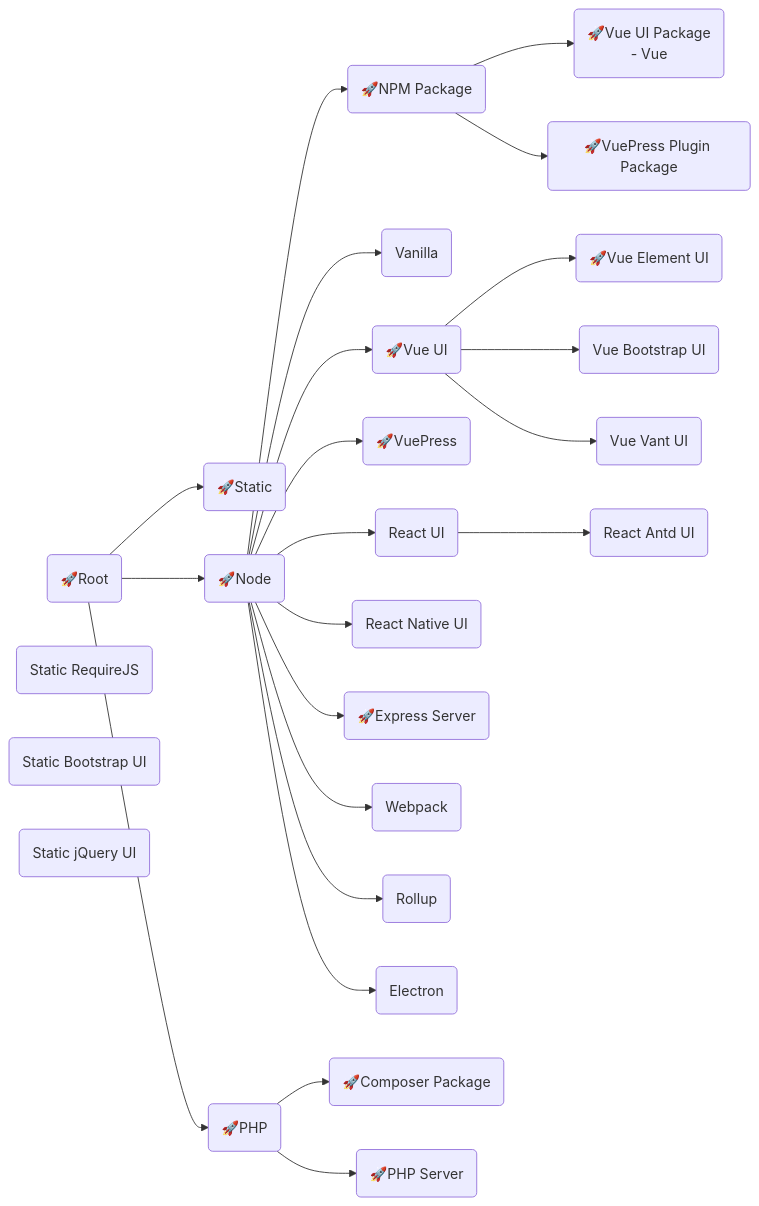
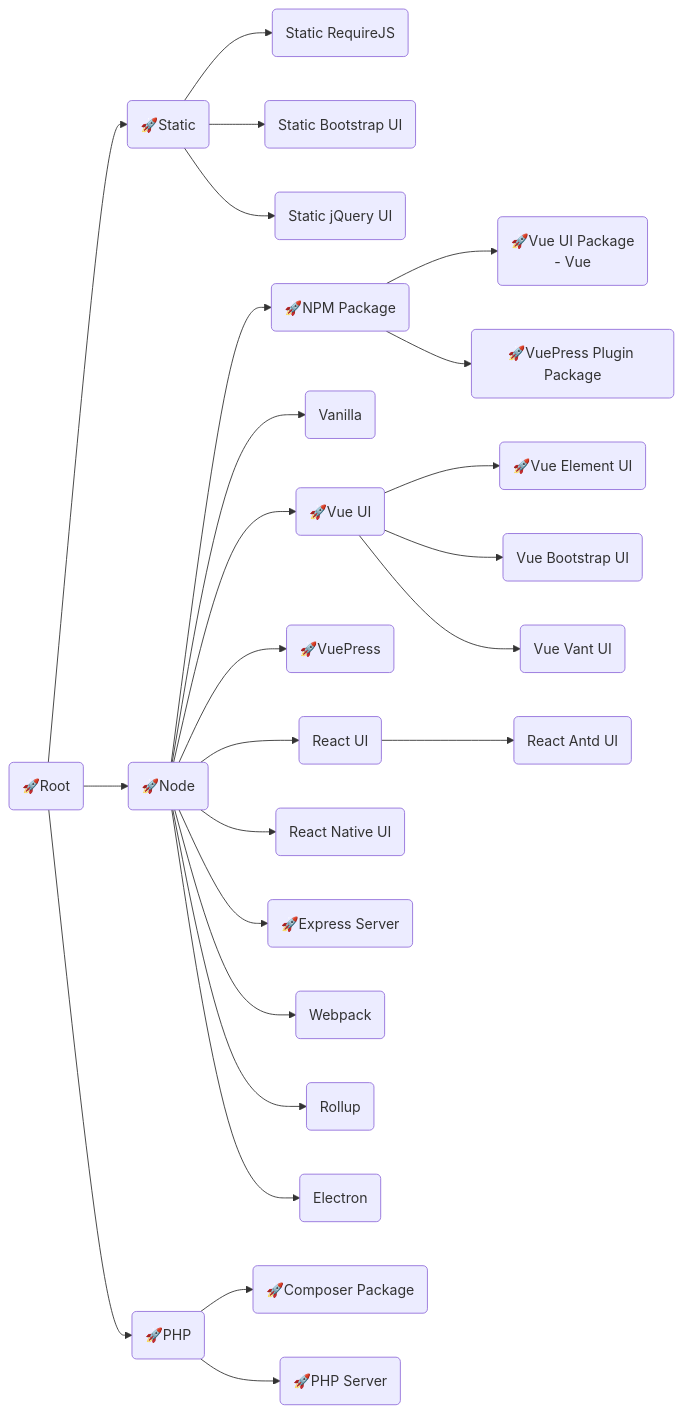
Before and after one commit to langnang-templates/.github: the diagram in profile/README.md, drawn with Mermaid.

````diff
--- a/profile/README.md
+++ b/profile/README.md
@@ -1,43 +1,43 @@
 ```mermaid
 flowchart LR
 Root("🚀Root")
 	click Root "https://github.com/langnang-temp/root"
 
 Root-->Static("🚀Static")
 	click Static "https://github.com/langnang-temp/static"
-	Static_RequireJS("Static RequireJS")
-	Static_Bootstrap_UI("Static Bootstrap UI")
-	Static_jQuery_UI("Static jQuery UI")
+	Static-->Static_RequireJS("Static RequireJS")
+	Static-->Static_Bootstrap_UI("Static Bootstrap UI")
+	Static-->Static_jQuery_UI("Static jQuery UI")
 Root-->Node("🚀Node")
 	click Node "https://github.com/langnang-temp/node"
 	Node-->NPM_Package("🚀NPM Package")
 		click NPM_Package "https://github.com/langnang-temp/npm-package"
 		NPM_Package-->Vue_UI_Package("🚀Vue UI Package \n- Vue ")
 			click Vue_UI_Package "https://github.com/langnang-temp/vue-ui-package"
 		NPM_Package-->VuePress_Plugin_Package("🚀VuePress Plugin Package")
 			click VuePress_Plugin_Package "https://github.com/langnang-temp/vuepress-plugin-package"
 	Node-->Vanilla("Vanilla")
 	Node-->Vue_UI("🚀Vue UI")
 		click Vue_UI "https://github.com/langnang-temp/vue-ui"
 		Vue_UI-->Vue_Element_UI("🚀Vue Element UI")
 			click Vue_Element_UI "https://github.com/langnang-temp/vue-element-ui"
 		Vue_UI-->Vue_Bootstrap_UI("Vue Bootstrap UI")
 		Vue_UI-->Vue_Vant_UI("Vue Vant UI")
 	Node-->VuePress("🚀VuePress")
 		click VuePress "https://github.com/langnang-temp/vuepress"
 	Node-->React_UI("React UI")
 		React_UI-->React_Antd_UI("React Antd UI")
 	Node-->React_Native_UI("React Native UI")
 	Node-->Express_Server("🚀Express Server")
 		click Express_Server "https://github.com/langnang-temp/express-server"
 	Node-->Webpack("Webpack")
 	Node-->Rollup("Rollup")
 	Node-->Electron("Electron")
 
 Root-->PHP("🚀PHP")
 	click PHP "https://github.com/langnang-temp/php"
 	PHP-->Composer_Package("🚀Composer Package")
 	click Composer_Package "https://github.com/langnang-temp/composer-package"
 	PHP-->PHP_Server("🚀PHP Server")
 		click PHP_Server "https://github.com/langnang-temp/php-server"
 ```
````
